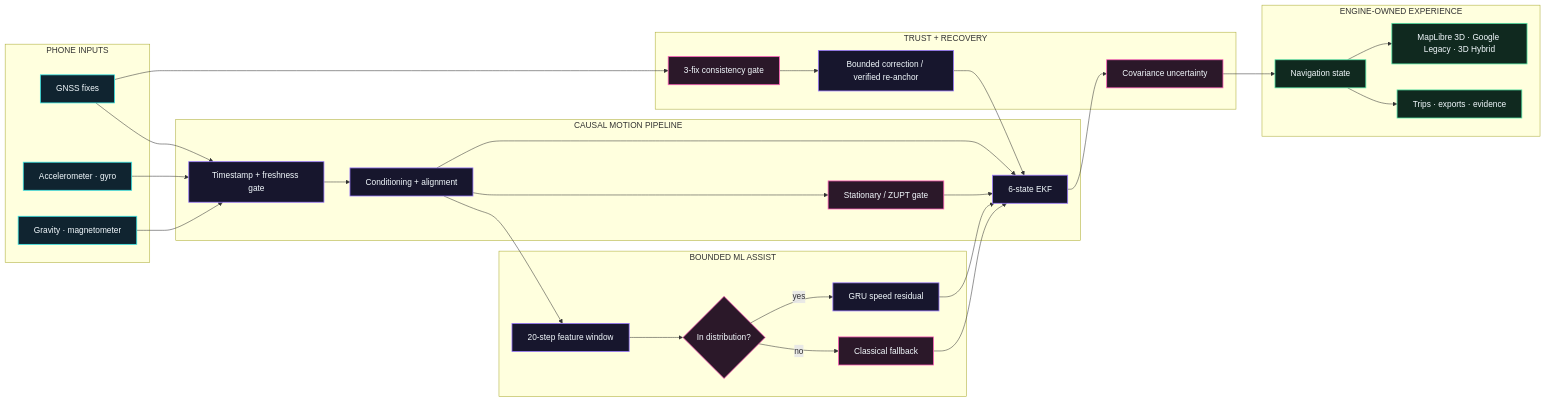
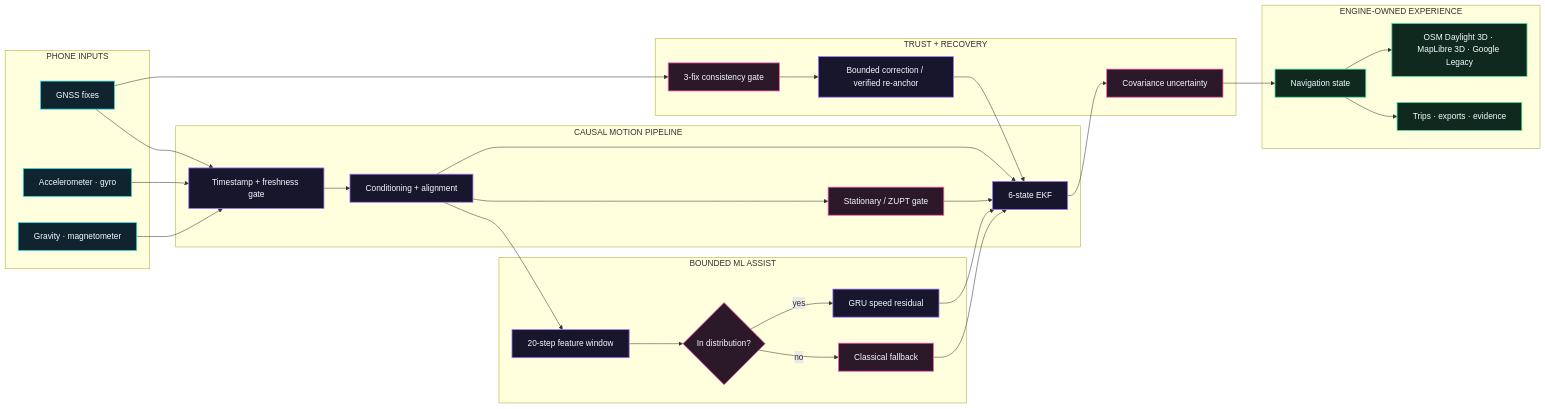
One commit to DSGAMING98/SIH26168-IDR changed the first of 4 diagrams in README.md. Above: the diagram before and after it, drawn with Mermaid. The commit also changed other lines of this file, not shown here.

Commit message:
docs: publish OSM Daylight 3D release

````diff
--- a/README.md
+++ b/README.md
@@ -136,52 +136,52 @@
 ```mermaid
 flowchart LR
     classDef input fill:#102430,stroke:#37e6e6,color:#f4fbff,stroke-width:1.5px
     classDef core fill:#17162d,stroke:#9b7bff,color:#f4fbff,stroke-width:1.5px
     classDef safety fill:#2b1829,stroke:#ff5cb8,color:#f4fbff,stroke-width:1.5px
     classDef output fill:#10291f,stroke:#52e5a5,color:#f4fbff,stroke-width:1.5px
 
     subgraph INPUTS[PHONE INPUTS]
       GNSS[GNSS fixes]:::input
       IMU[Accelerometer · gyro]:::input
       ENV[Gravity · magnetometer]:::input
     end
 
     subgraph CAUSAL[CAUSAL MOTION PIPELINE]
       SYNC[Timestamp + freshness gate]:::core
       COND[Conditioning + alignment]:::core
       EKF[6-state EKF]:::core
       STOP[Stationary / ZUPT gate]:::safety
     end
 
     subgraph ASSIST[BOUNDED ML ASSIST]
       FEATURES[20-step feature window]:::core
       OOD{In distribution?}:::safety
       GRU[GRU speed residual]:::core
       FALLBACK[Classical fallback]:::safety
     end
 
     subgraph TRUST[TRUST + RECOVERY]
       SIGMA[Covariance uncertainty]:::safety
       VERIFY[3-fix consistency gate]:::safety
       RECOVER[Bounded correction / verified re-anchor]:::core
     end
 
     subgraph EXPERIENCE[ENGINE-OWNED EXPERIENCE]
       STATE[Navigation state]:::output
-      MAPS[MapLibre 3D · Google Legacy · 3D Hybrid]:::output
+      MAPS[OSM Daylight 3D · MapLibre 3D · Google Legacy]:::output
       LOGS[Trips · exports · evidence]:::output
     end
 
     GNSS --> SYNC
     IMU --> SYNC
     ENV --> SYNC
     SYNC --> COND --> EKF
     COND --> STOP --> EKF
     COND --> FEATURES --> OOD
     OOD -->|yes| GRU --> EKF
     OOD -->|no| FALLBACK --> EKF
     EKF --> SIGMA --> STATE
     GNSS --> VERIFY --> RECOVER --> EKF
     STATE --> MAPS
     STATE --> LOGS
 ```
````
